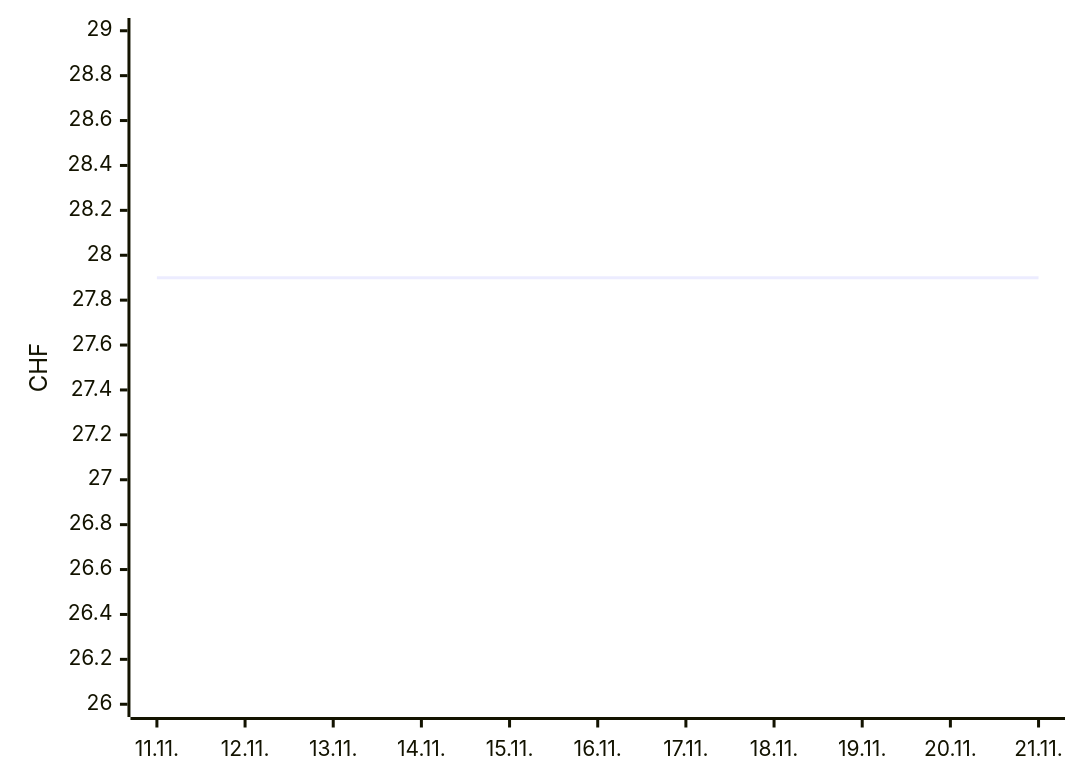
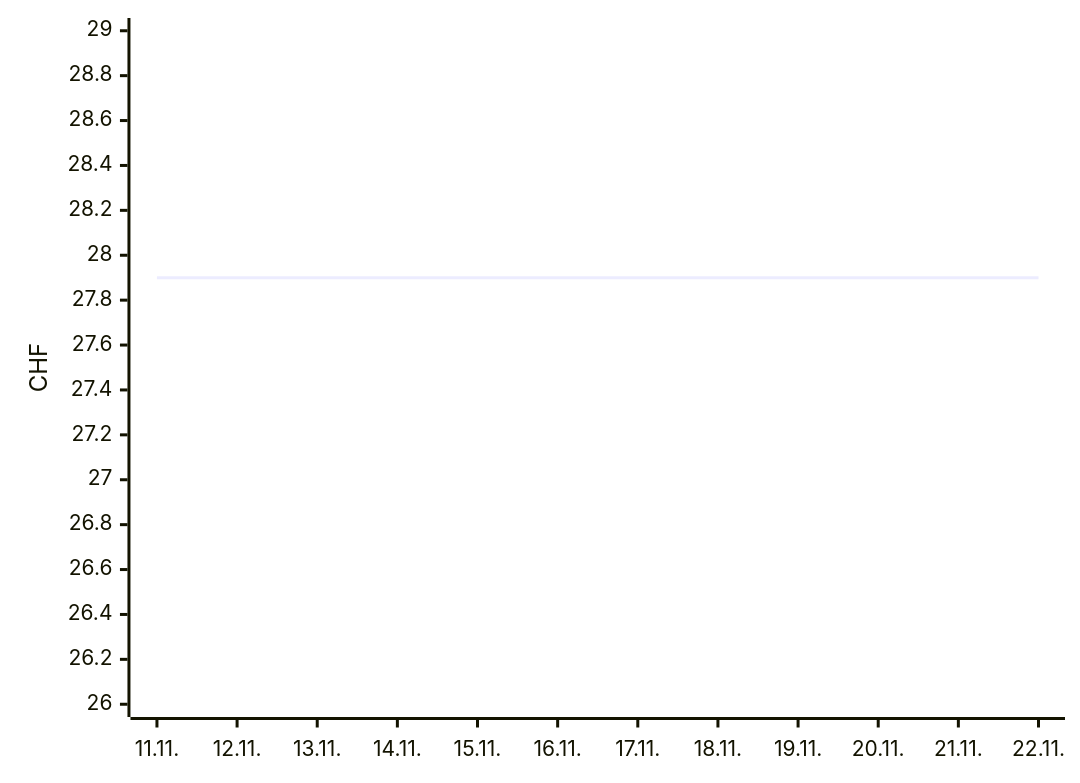
The first of 2 diagrams in README.md (Akira2828/my-Galaxus-MCP), drawn with Mermaid before and after one commit. The commit also changed other lines of this file and 1 other file, not shown here.

````diff
--- a/README.md
+++ b/README.md
@@ -16,6 +16,6 @@
 ```mermaid
 xychart-beta
-  x-axis ["11.11.", "12.11.", "13.11.", "14.11.", "15.11.", "16.11.", "17.11.", "18.11.", "19.11.", "20.11.", "21.11."]
+  x-axis ["11.11.", "12.11.", "13.11.", "14.11.", "15.11.", "16.11.", "17.11.", "18.11.", "19.11.", "20.11.", "21.11.", "22.11."]
   y-axis "CHF" 26 --> 29
-  line [27.9, 27.9, 27.9, 27.9, 27.9, 27.9, 27.9, 27.9, 27.9, 27.9, 27.9]
+  line [27.9, 27.9, 27.9, 27.9, 27.9, 27.9, 27.9, 27.9, 27.9, 27.9, 27.9, 27.9]
 ```
````
